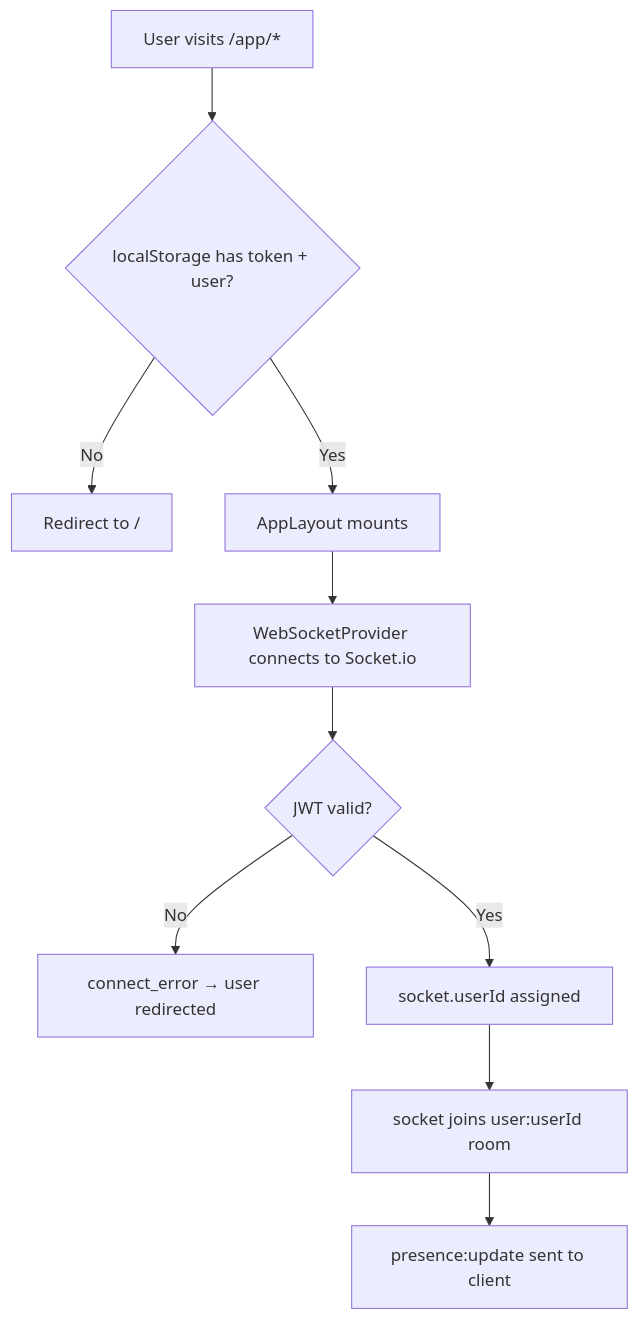
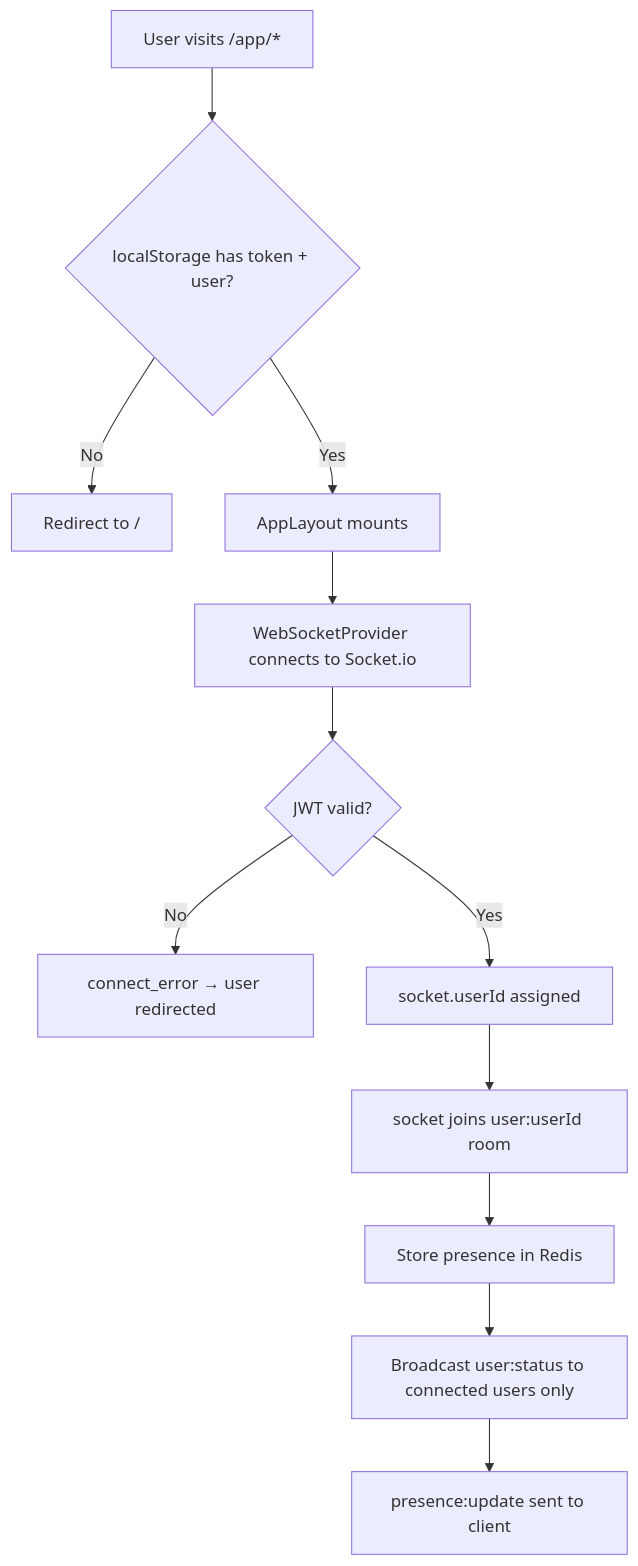
One commit to neofuture/chatr changed the seventh of 7 diagrams in Documentation/Architecture/index.md. Above: the diagram before and after it, drawn with Mermaid. The commit also changed other lines of this file and 158 other files, not shown here.

````diff
--- a/Documentation/Architecture/index.md
+++ b/Documentation/Architecture/index.md
@@ -216,12 +225,14 @@
 ```mermaid
 flowchart TD
     A[User visits /app/*] --> B{localStorage has token + user?}
     B -- No --> C[Redirect to /]
     B -- Yes --> D[AppLayout mounts]
     D --> E[WebSocketProvider connects to Socket.io]
     E --> F{JWT valid?}
     F -- No --> G[connect_error → user redirected]
     F -- Yes --> H[socket.userId assigned]
     H --> I["socket joins user:userId room"]
-    I --> J[presence:update sent to client]
+    I --> J[Store presence in Redis]
+    J --> K["Broadcast user:status to connected users only"]
+    K --> L[presence:update sent to client]
 ```
````
